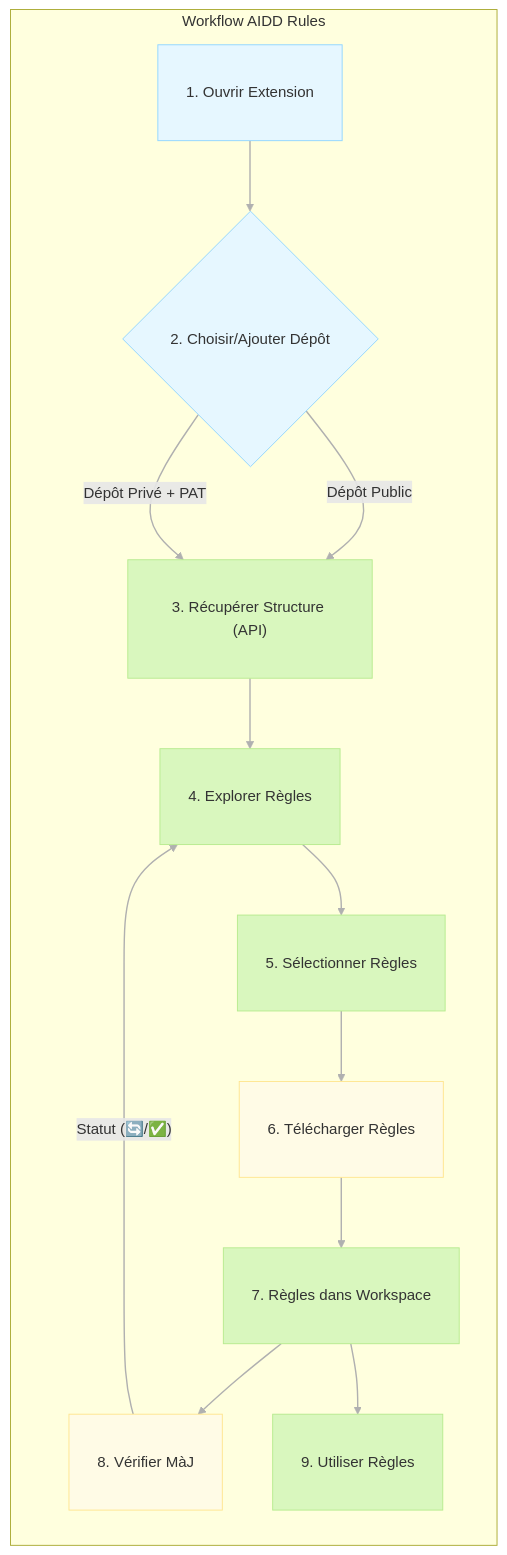
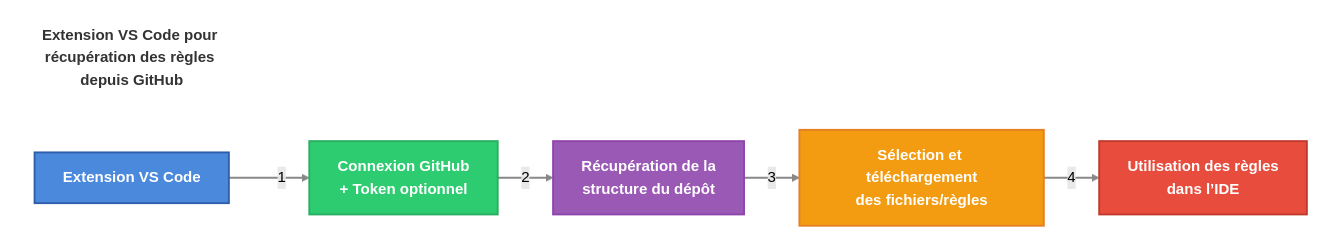
Before and after one commit to ai-driven-dev/rules: the diagram in README.md, drawn with Mermaid. The commit also changed 1 other file, not shown here.

Commit message:
fix: update workflow steps in README.md for consistency in numbering

````diff
--- a/README.md
+++ b/README.md
@@ -45,28 +45,19 @@
 ```mermaid
-flowchart TD
-    classDef default fill:#f0f2f5,stroke:#d9d9d9,stroke-width:1px,border-radius:6px,padding:10px
-    classDef setup fill:#e6f7ff,stroke:#91d5ff,stroke-width:1px,border-radius:6px,padding:10px
-    classDef core fill:#d9f7be,stroke:#b7eb8f,stroke-width:1px,border-radius:6px,padding:10px
-    classDef action fill:#fffbe6,stroke:#ffe58f,stroke-width:1px,border-radius:6px,padding:10px
-
-    subgraph "Workflow AIDD Rules"
-        direction TB
-
-        A["1. Ouvrir Extension"] --> B{"2. Choisir/Ajouter Dépôt"};
-        B -- "Dépôt Public" --> C["3. Récupérer Structure (API)"];
-        B -- "Dépôt Privé + PAT" --> C;
-        C --> D["4. Explorer Règles"];
-        D --> E["5. Sélectionner Règles"];
-        E --> F["6. Télécharger Règles"];
-        F --> G["7. Règles dans Workspace"];
-        G --> H["8. Vérifier MàJ"];
-        H -- "Statut (🔄/✅)" --> D;
-        G --> I["9. Utiliser Règles"];
-    end
-
-    class A,B setup;
-    class C,D,E,G,I core;
-    class F,H action;
-
-    linkStyle default stroke:#b0b0b0,stroke-width:1.5px;
+flowchart LR
+    classDef titleClass fill:none,stroke:none,color:#333333,font-size:16px,font-weight:bold
+    title[Extension VS Code pour récupération des règles depuis GitHub]
+    class title titleClass
+    
+    A[Extension VS Code] -->|1| B[Connexion GitHub\n+ Token optionnel]
+    B -->|2| C[Récupération de la\nstructure du dépôt]
+    C -->|3| D[Sélection et téléchargement\ndes fichiers/règles]
+    D -->|4| E[Utilisation des règles\ndans l’IDE]
+    
+    style A fill:#4b89dc,stroke:#2e5daa,color:white,stroke-width:2px,border-radius:10px,font-weight:bold
+    style B fill:#2ecc71,stroke:#27ae60,color:white,stroke-width:2px,border-radius:10px,font-weight:bold
+    style C fill:#9b59b6,stroke:#8e44ad,color:white,stroke-width:2px,border-radius:10px,font-weight:bold
+    style D fill:#f39c12,stroke:#e67e22,color:white,stroke-width:2px,border-radius:10px,font-weight:bold
+    style E fill:#e74c3c,stroke:#c0392b,color:white,stroke-width:2px,border-radius:10px,font-weight:bold
+    
+    linkStyle 0,1,2,3 stroke-width:2px,stroke:#888888,color:black
 ```
````
